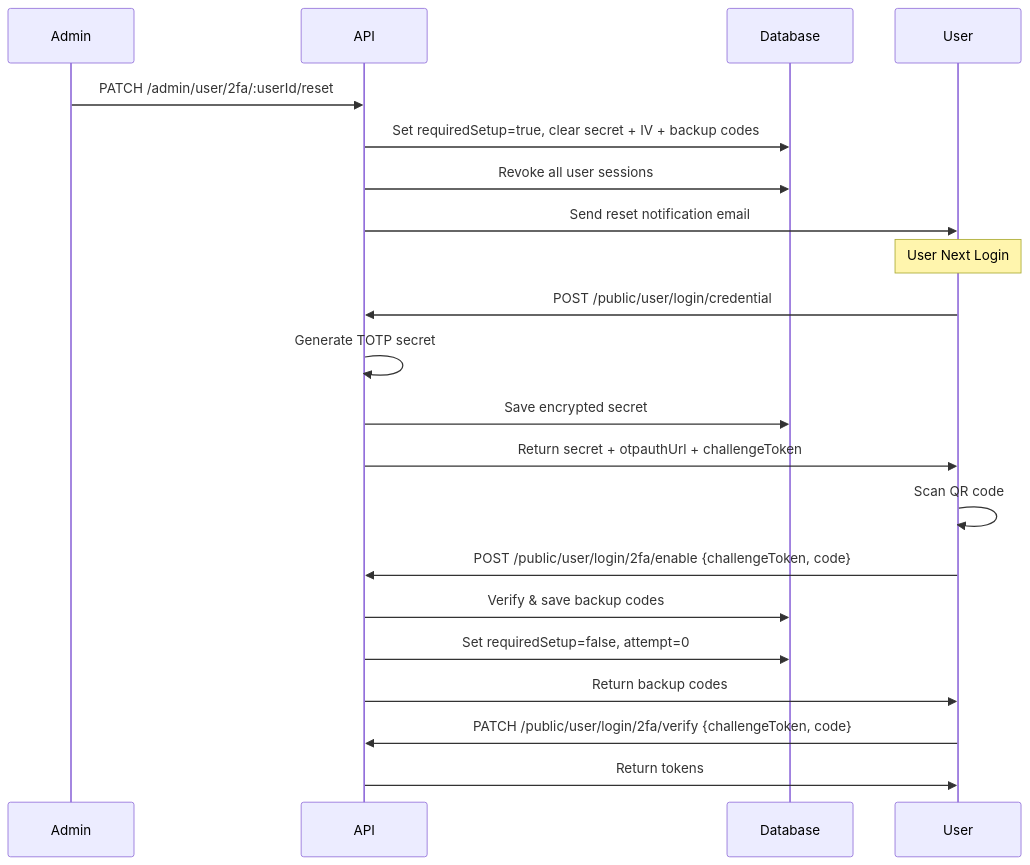
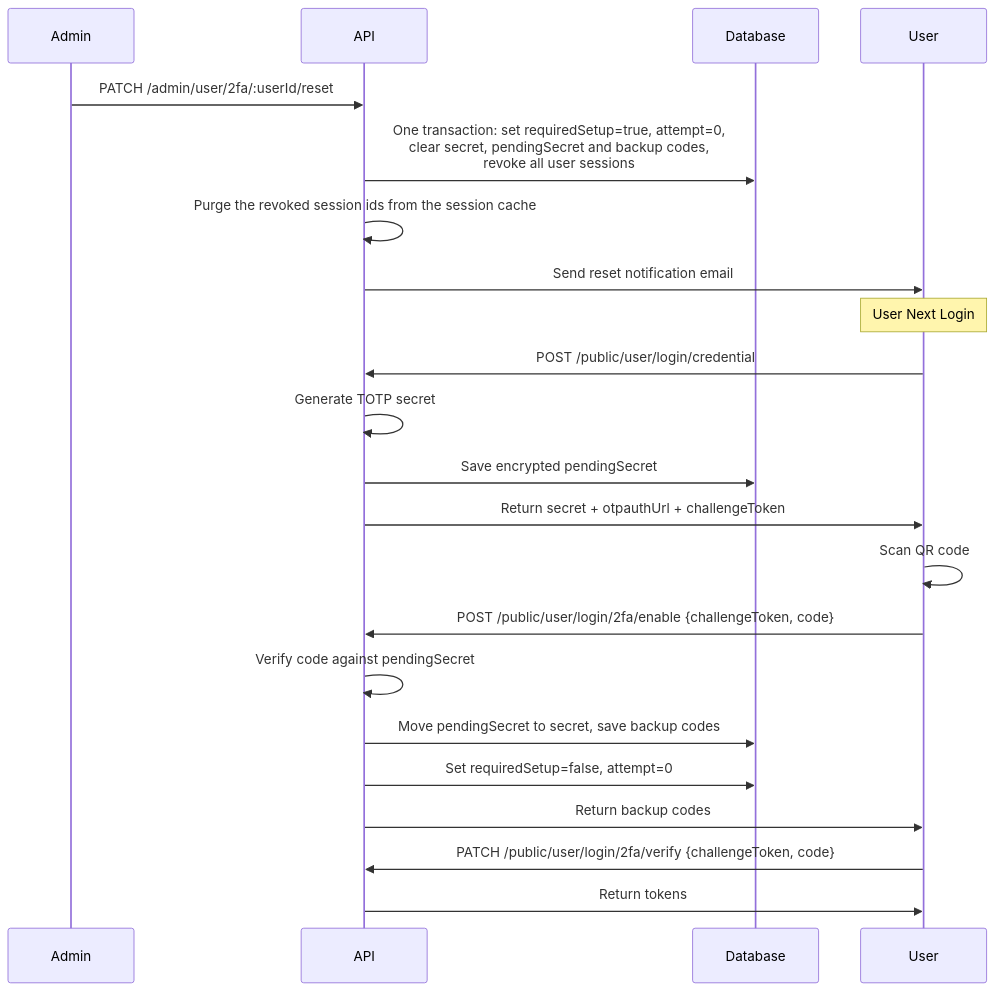
Before and after one commit to andrechristikan/ack-nestjs-boilerplate: the third of 9 diagrams in docs/two-factor.md, drawn with Mermaid. The commit also changed other lines of this file and 1013 other files, not shown here.

````diff
--- a/docs/two-factor.md
+++ b/docs/two-factor.md
@@ -255,25 +267,26 @@
 ```mermaid
 sequenceDiagram
     participant Admin
     participant API
     participant Database
     participant User
 
     Admin->>API: PATCH /admin/user/2fa/:userId/reset
-    API->>Database: Set requiredSetup=true, clear secret + IV + backup codes
-    API->>Database: Revoke all user sessions
+    API->>Database: One transaction: set requiredSetup=true, attempt=0,<br/>clear secret, pendingSecret and backup codes,<br/>revoke all user sessions
+    API->>API: Purge the revoked session ids from the session cache
     API->>User: Send reset notification email
     
     Note over User: User Next Login
     User->>API: POST /public/user/login/credential
     API->>API: Generate TOTP secret
-    API->>Database: Save encrypted secret
+    API->>Database: Save encrypted pendingSecret
     API->>User: Return secret + otpauthUrl + challengeToken
     User->>User: Scan QR code
     User->>API: POST /public/user/login/2fa/enable {challengeToken, code}
-    API->>Database: Verify & save backup codes
+    API->>API: Verify code against pendingSecret
+    API->>Database: Move pendingSecret to secret, save backup codes
     API->>Database: Set requiredSetup=false, attempt=0
     API->>User: Return backup codes
     User->>API: PATCH /public/user/login/2fa/verify {challengeToken, code}
     API->>User: Return tokens
 ```
````
